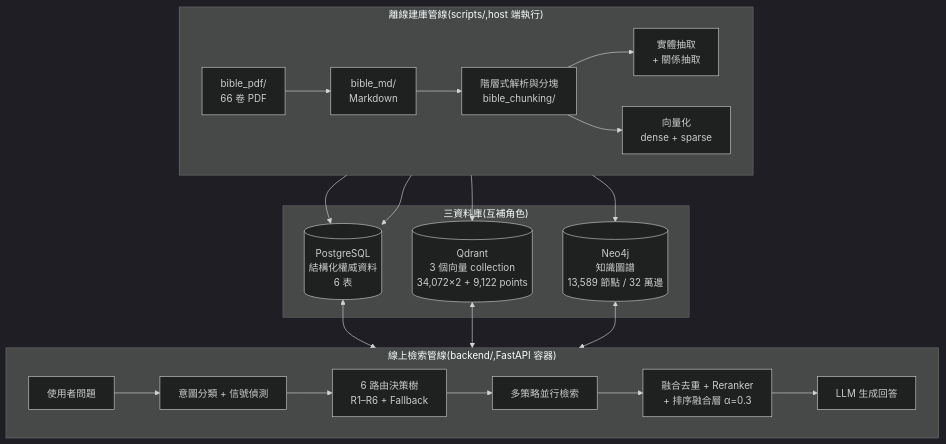
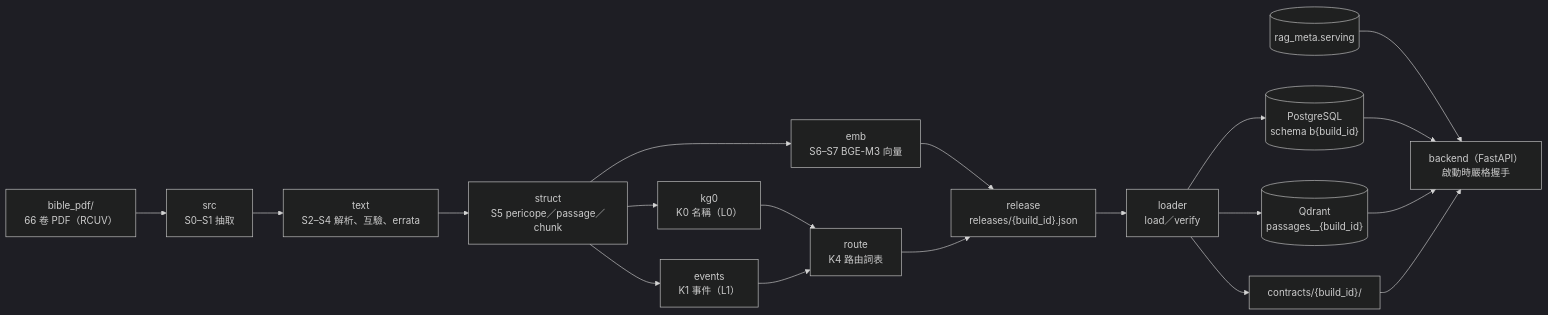
Before and after one commit to KenZx0521/Bible_RAG: the first of 3 diagrams in docs/ARCHITECTURE.md, drawn with Mermaid (dark theme). The commit also changed other lines of this file and 10 other files, not shown here.

First line of the commit message:
docs: 改寫 ARCHITECTURE 與 README 為分層重建後的系統，刪除被取代的舊文件

````diff
--- a/docs/ARCHITECTURE.md
+++ b/docs/ARCHITECTURE.md
@@ -29,33 +37,18 @@
 ```mermaid
-flowchart TB
-    subgraph OFFLINE["離線建庫管線(scripts/,host 端執行)"]
-        direction LR
-        PDF["bible_pdf/<br/>66 卷 PDF"] --> MD["bible_md/<br/>Markdown"]
-        MD --> CHUNK["階層式解析與分塊<br/>bible_chunking/"]
-        CHUNK --> EXTRACT["實體抽取<br/>+ 關係抽取"]
-        CHUNK --> EMBED["向量化<br/>dense + sparse"]
-    end
-
-    subgraph DB["三資料庫(互補角色)"]
-        PG[("PostgreSQL<br/>結構化權威資料<br/>6 表")]
-        QD[("Qdrant<br/>3 個向量 collection<br/>34,072×2 + 9,122 points")]
-        NEO[("Neo4j<br/>知識圖譜<br/>13,589 節點 / 32 萬邊")]
-    end
-
-    subgraph ONLINE["線上檢索管線(backend/,FastAPI 容器)"]
-        direction LR
-        Q["使用者問題"] --> INTENT["意圖分類 + 信號偵測"]
-        INTENT --> ROUTE["6 路由決策樹<br/>R1–R6 + Fallback"]
-        ROUTE --> RETR["多策略並行檢索"]
-        RETR --> FUSE["融合去重 + Reranker<br/>+ 排序融合層 α=0.3"]
-        FUSE --> GEN["LLM 生成回答"]
-    end
-
-    EXTRACT --> NEO
-    EXTRACT --> PG
-    EMBED --> QD
-    CHUNK --> PG
-    PG <--> RETR
-    QD <--> RETR
-    NEO <--> RETR
+flowchart LR
+    PDF["bible_pdf/<br/>66 卷 PDF（RCUV）"] --> SRC["src<br/>S0–S1 抽取"]
+    SRC --> TEXT["text<br/>S2–S4 解析、互驗、errata"]
+    TEXT --> STRUCT["struct<br/>S5 pericope／passage／chunk"]
+    STRUCT --> EMB["emb<br/>S6–S7 BGE-M3 向量"]
+    STRUCT --> KG0["kg0<br/>K0 名稱（L0）"]
+    STRUCT --> EV["events<br/>K1 事件（L1）"]
+    KG0 --> ROUTE["route<br/>K4 路由詞表"]
+    EV --> ROUTE
+    EMB & ROUTE --> REL["release<br/>releases/{build_id}.json"]
+    REL --> LOAD["loader<br/>load／verify"]
+    LOAD --> PG[("PostgreSQL<br/>schema b{build_id}")]
+    LOAD --> QD[("Qdrant<br/>passages__{build_id}")]
+    LOAD --> CT["contracts/{build_id}/"]
+    META[("rag_meta.serving")] --> BE["backend（FastAPI）<br/>啟動時嚴格握手"]
+    PG & QD & CT --> BE
 ```
````
